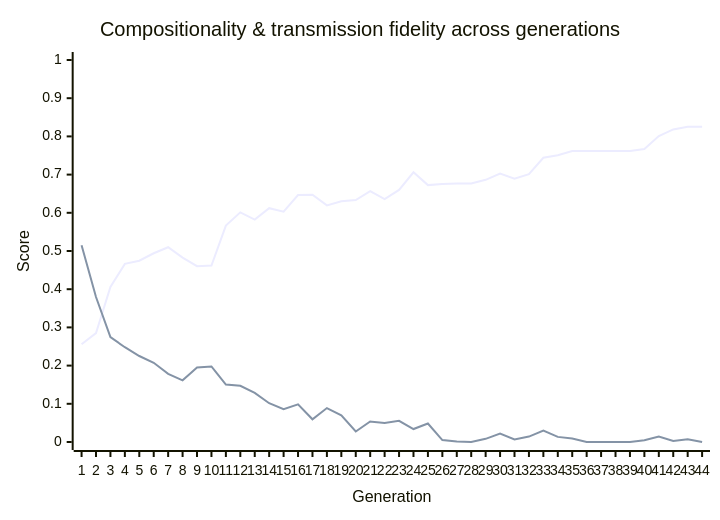
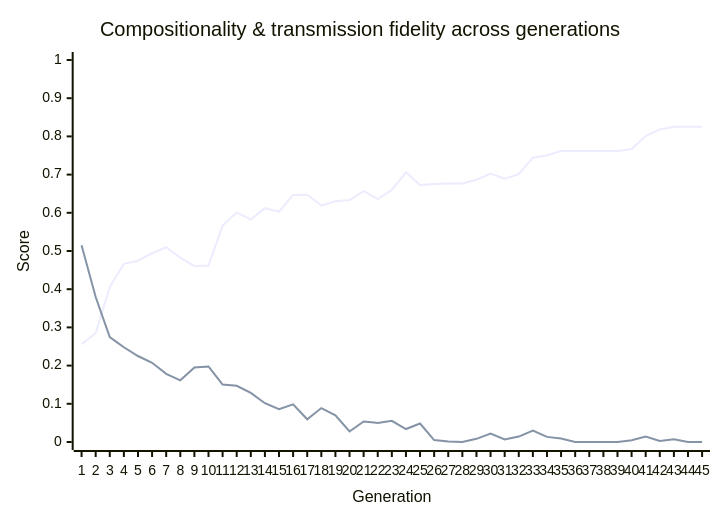
One commit to nichobbs/traditio changed the diagram in metrics/latest-report.md. Above: the diagram before and after it, drawn with Mermaid. The commit also changed other lines of this file and 1 other file, not shown here.

````diff
--- a/metrics/latest-report.md
+++ b/metrics/latest-report.md
@@ -40,8 +40,8 @@
 ```mermaid
 xychart-beta
     title "Compositionality & transmission fidelity across generations"
-    x-axis "Generation" [1, 2, 3, 4, 5, 6, 7, 8, 9, 10, 11, 12, 13, 14, 15, 16, 17, 18, 19, 20, 21, 22, 23, 24, 25, 26, 27, 28, 29, 30, 31, 32, 33, 34, 35, 36, 37, 38, 39, 40, 41, 42, 43, 44]
+    x-axis "Generation" [1, 2, 3, 4, 5, 6, 7, 8, 9, 10, 11, 12, 13, 14, 15, 16, 17, 18, 19, 20, 21, 22, 23, 24, 25, 26, 27, 28, 29, 30, 31, 32, 33, 34, 35, 36, 37, 38, 39, 40, 41, 42, 43, 44, 45]
     y-axis "Score" 0 --> 1
-    line "Compositionality" [0.2559, 0.2849, 0.4060, 0.4663, 0.4745, 0.4941, 0.5099, 0.4826, 0.4603, 0.4619, 0.5665, 0.6011, 0.5822, 0.6121, 0.6029, 0.6464, 0.6473, 0.6195, 0.6304, 0.6332, 0.6566, 0.6361, 0.6598, 0.7061, 0.6725, 0.6757, 0.6767, 0.6767, 0.6863, 0.7028, 0.6890, 0.7012, 0.7442, 0.7505, 0.7619, 0.7619, 0.7619, 0.7619, 0.7619, 0.7669, 0.8009, 0.8183, 0.8250, 0.8250]
-    line "Transmission Fidelity" [0.5148, 0.3796, 0.2746, 0.2481, 0.2251, 0.2074, 0.1785, 0.1615, 0.1949, 0.1977, 0.1504, 0.1472, 0.1286, 0.1016, 0.0861, 0.0987, 0.0594, 0.0888, 0.0697, 0.0276, 0.0536, 0.0500, 0.0553, 0.0339, 0.0483, 0.0051, 0.0012, 0.0000, 0.0083, 0.0219, 0.0066, 0.0142, 0.0301, 0.0134, 0.0092, 0.0000, 0.0000, 0.0000, 0.0000, 0.0047, 0.0146, 0.0028, 0.0071, 0.0000]
+    line "Compositionality" [0.2559, 0.2849, 0.4060, 0.4663, 0.4745, 0.4941, 0.5099, 0.4826, 0.4603, 0.4619, 0.5665, 0.6011, 0.5822, 0.6121, 0.6029, 0.6464, 0.6473, 0.6195, 0.6304, 0.6332, 0.6566, 0.6361, 0.6598, 0.7061, 0.6725, 0.6757, 0.6767, 0.6767, 0.6863, 0.7028, 0.6890, 0.7012, 0.7442, 0.7505, 0.7619, 0.7619, 0.7619, 0.7619, 0.7619, 0.7669, 0.8009, 0.8183, 0.8250, 0.8250, 0.8250]
+    line "Transmission Fidelity" [0.5148, 0.3796, 0.2746, 0.2481, 0.2251, 0.2074, 0.1785, 0.1615, 0.1949, 0.1977, 0.1504, 0.1472, 0.1286, 0.1016, 0.0861, 0.0987, 0.0594, 0.0888, 0.0697, 0.0276, 0.0536, 0.0500, 0.0553, 0.0339, 0.0483, 0.0051, 0.0012, 0.0000, 0.0083, 0.0219, 0.0066, 0.0142, 0.0301, 0.0134, 0.0092, 0.0000, 0.0000, 0.0000, 0.0000, 0.0047, 0.0146, 0.0028, 0.0071, 0.0000, 0.0000]
 ```
````
